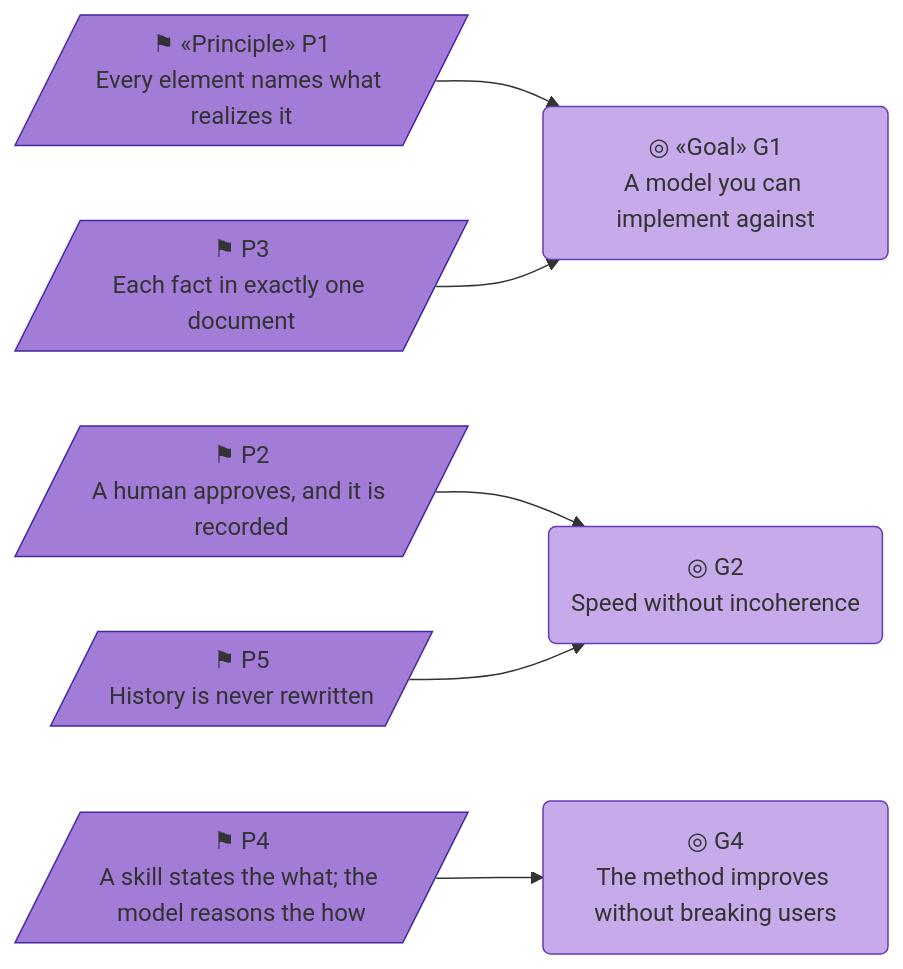
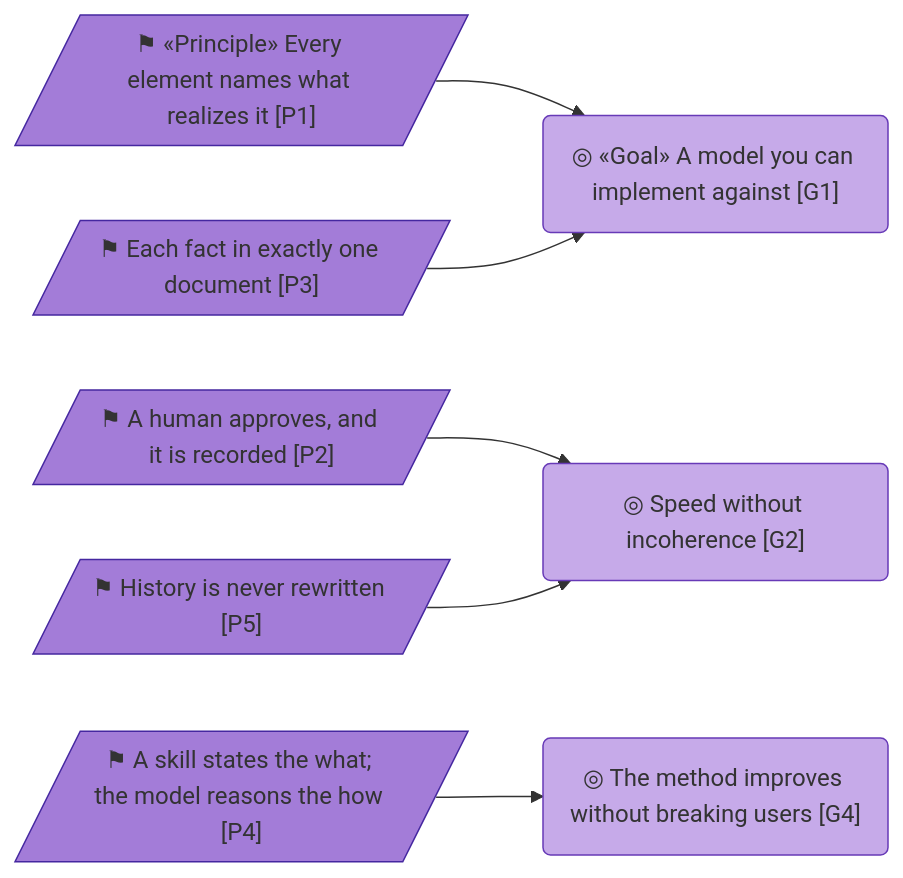
Before and after one commit to roanboc/architecture-archreator: the fifth of 5 diagrams in product-archreator/architecture/1_strategy/1_motivation.md, drawn with Mermaid. The commit also changed other lines of this file and 38 other files, not shown here.

````diff
--- a/product-archreator/architecture/1_strategy/1_motivation.md
+++ b/product-archreator/architecture/1_strategy/1_motivation.md
@@ -188,21 +188,21 @@
 ```mermaid
 flowchart LR
-  p1[/"⚑ «Principle» P1<br>Every element names what realizes it"/]:::principle
-  p2[/"⚑ P2<br>A human approves, and it is recorded"/]:::principle
-  p3[/"⚑ P3<br>Each fact in exactly one document"/]:::principle
-  p4[/"⚑ P4<br>A skill states the what; the model reasons the how"/]:::principle
-  p5[/"⚑ P5<br>History is never rewritten"/]:::principle
+  p1[/"⚑ «Principle» Every element names what realizes it [P1]"/]:::principle
+  p2[/"⚑ A human approves, and it is recorded [P2]"/]:::principle
+  p3[/"⚑ Each fact in exactly one document [P3]"/]:::principle
+  p4[/"⚑ A skill states the what; the model reasons the how [P4]"/]:::principle
+  p5[/"⚑ History is never rewritten [P5]"/]:::principle
 
-  g1("◎ «Goal» G1<br>A model you can implement against"):::goal
-  g2("◎ G2<br>Speed without incoherence"):::goal
-  g4("◎ G4<br>The method improves without breaking users"):::goal
+  g1("◎ «Goal» A model you can implement against [G1]"):::goal
+  g2("◎ Speed without incoherence [G2]"):::goal
+  g4("◎ The method improves without breaking users [G4]"):::goal
 
   p1 --> g1
   p2 --> g2
   p3 --> g1
   p4 --> g4
   p5 --> g2
 
   classDef principle fill:#a37cd8,stroke:#4527a0,color:#333
   classDef goal fill:#c6aae9,stroke:#673ab7,color:#333
 ```
````
